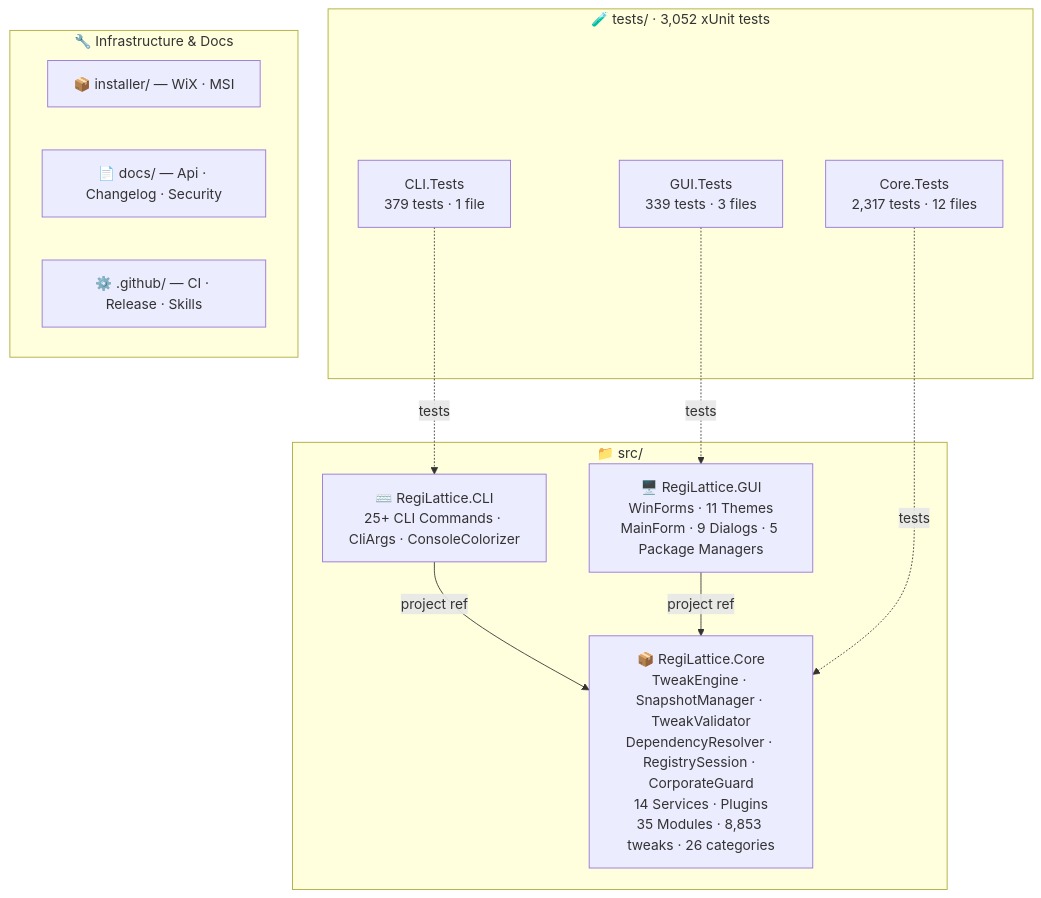
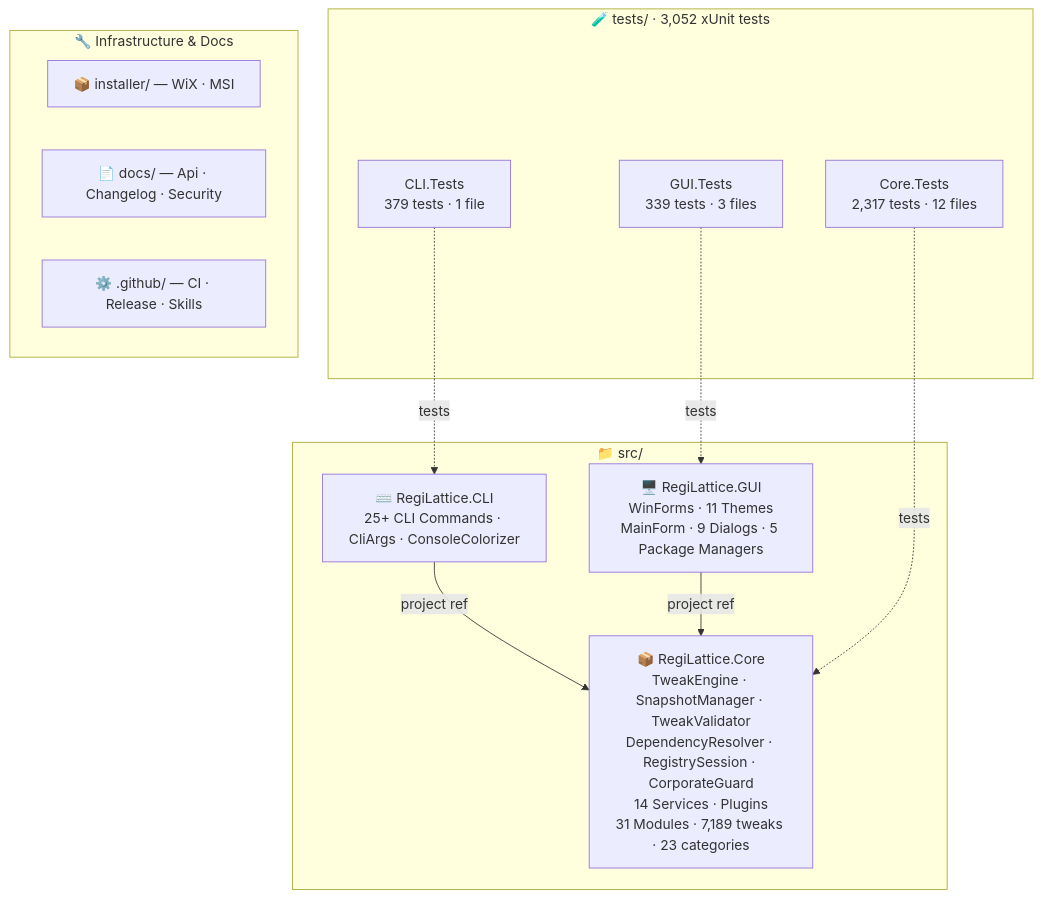
The second of 2 diagrams in README.md (RajwanYair/RegiLattice), drawn with Mermaid before and after one commit. The commit also changed other lines of this file and 11 other files, not shown here.

````diff
--- a/README.md
+++ b/README.md
@@ -255,26 +255,26 @@
 ```mermaid
 graph TD
     subgraph SRC["📁 src/"]
-        CORE["📦 RegiLattice.Core<br/>TweakEngine · SnapshotManager · TweakValidator<br/>DependencyResolver · RegistrySession · CorporateGuard<br/>14 Services · Plugins<br/>35 Modules · 8,853 tweaks · 26 categories"]
+        CORE["📦 RegiLattice.Core<br/>TweakEngine · SnapshotManager · TweakValidator<br/>DependencyResolver · RegistrySession · CorporateGuard<br/>14 Services · Plugins<br/>31 Modules · 7,189 tweaks · 23 categories"]
         GUI["🖥️ RegiLattice.GUI<br/>WinForms · 11 Themes<br/>MainForm · 9 Dialogs · 5 Package Managers"]
         CLI["⌨️ RegiLattice.CLI<br/>25+ CLI Commands · CliArgs · ConsoleColorizer"]
     end
 
     subgraph TST["🧪 tests/  ·  3,052 xUnit tests"]
         CT["Core.Tests<br/>2,317 tests · 12 files"]
         CLT["CLI.Tests<br/>379 tests · 1 file"]
         GT["GUI.Tests<br/>339 tests · 3 files"]
     end
 
     subgraph INFRA["🔧 Infrastructure & Docs"]
         INST["📦 installer/ — WiX · MSI"]
         DOCS["📄 docs/ — Api · Changelog · Security"]
         GH["⚙️ .github/ — CI · Release · Skills"]
     end
 
     CLI -->|project ref| CORE
     GUI -->|project ref| CORE
     CT -.->|tests| CORE
     CLT -.->|tests| CLI
     GT -.->|tests| GUI
 ```
````
